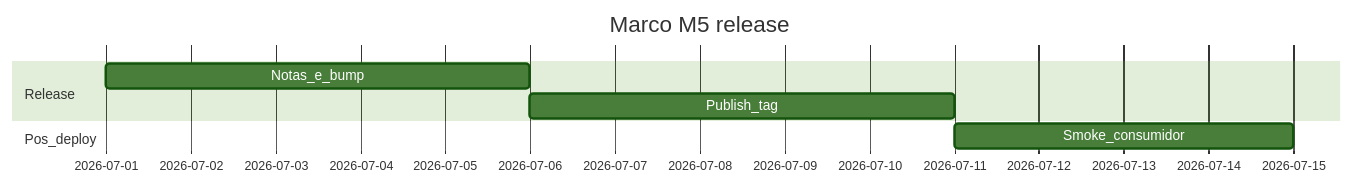
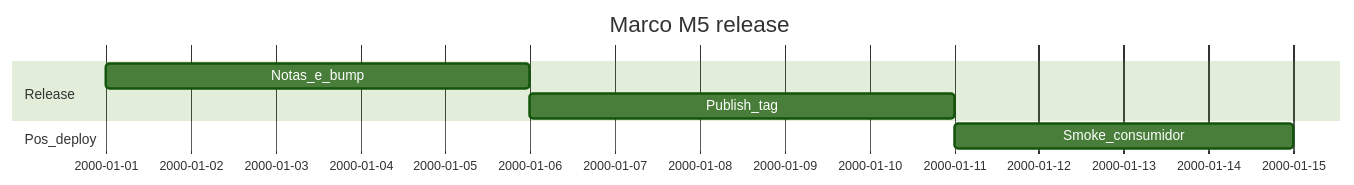
One commit to Malnati/eslint-hardcode-detect-plugin changed the second of 2 diagrams in docs/distribution-milestones/m5-release-candidate.md. Above: the diagram before and after it, drawn with Mermaid (forest theme). The commit also changed other lines of this file and 10 other files, not shown here.

````diff
--- a/docs/distribution-milestones/m5-release-candidate.md
+++ b/docs/distribution-milestones/m5-release-candidate.md
@@ -57,10 +61,10 @@
 ```mermaid
 gantt
   title Marco M5 release
   dateFormat YYYY-MM-DD
   section Release
-  Notas_e_bump :m5a, 2026-07-01, 5d
+  Notas_e_bump :m5a, 2000-01-01, 5d
   Publish_tag :m5b, after m5a, 5d
   section Pos_deploy
   Smoke_consumidor :m5c, after m5b, 4d
 ```
````
